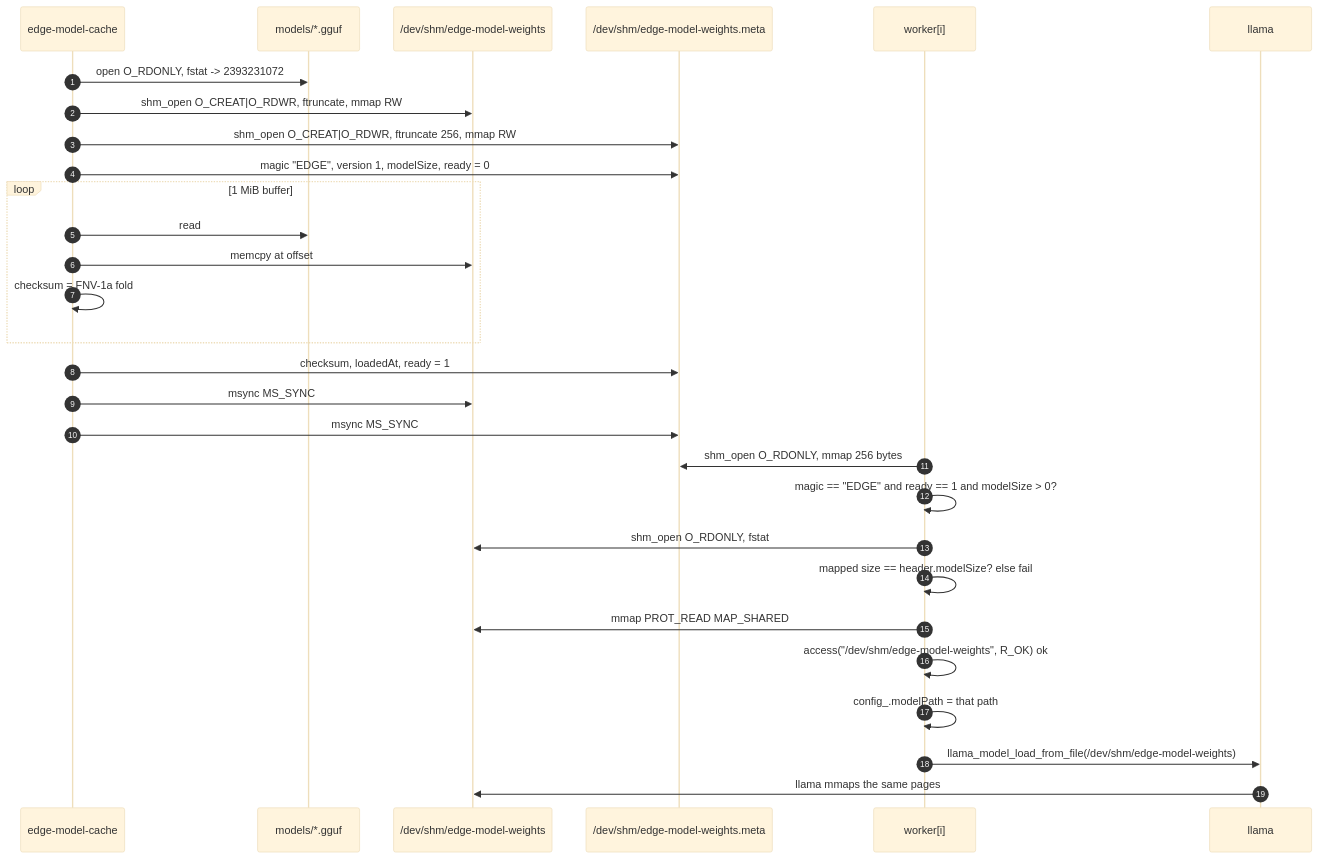
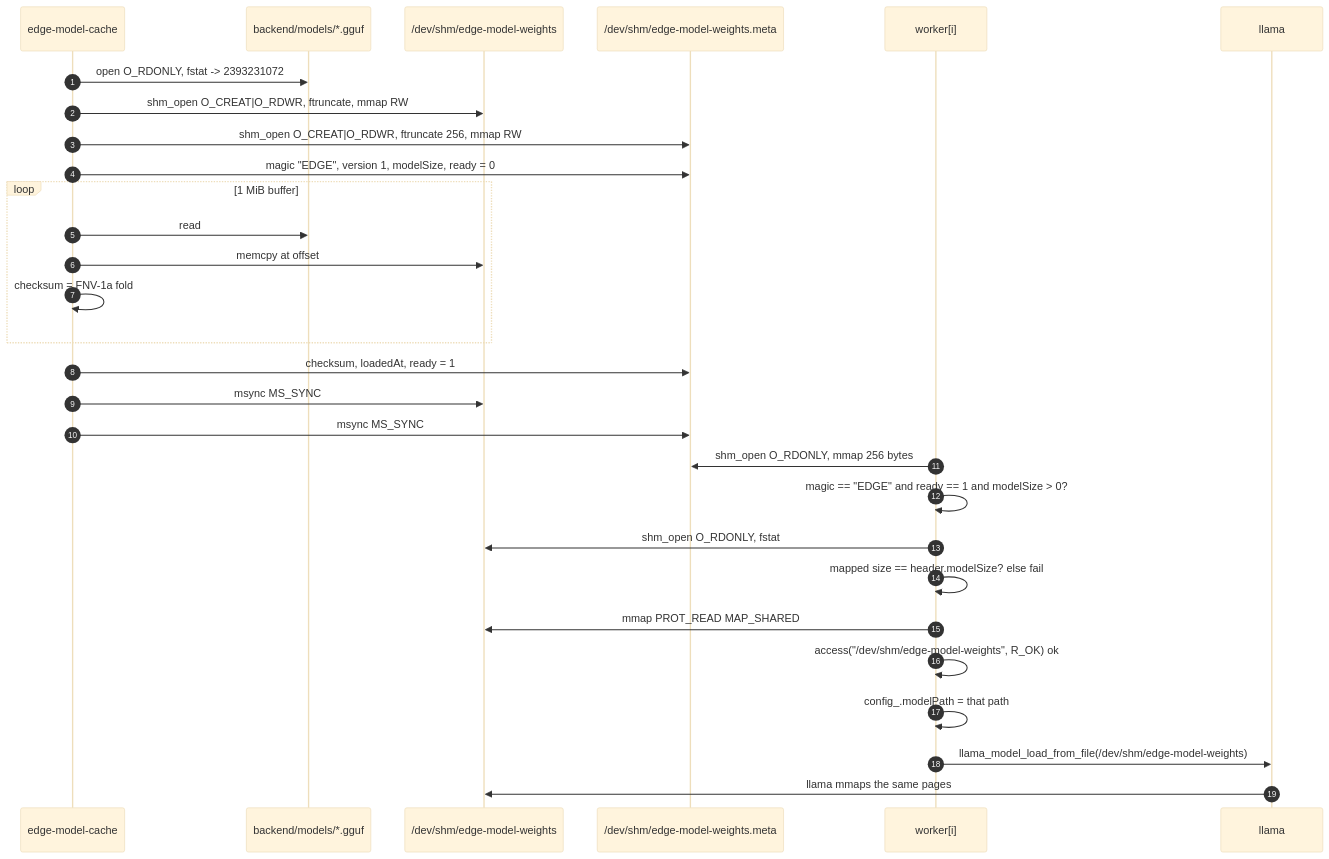
Before and after one commit to prawesh-12/serveInfer: diagram 21 of 27 in docs/serveInfer_DOCUMENTATION.md, drawn with Mermaid (base theme). The commit also changed other lines of this file and 1427 other files, not shown here.

````diff
--- a/docs/serveInfer_DOCUMENTATION.md
+++ b/docs/serveInfer_DOCUMENTATION.md
@@ -1540,33 +1540,33 @@
 ```mermaid
 sequenceDiagram
     autonumber
     participant MC as edge-model-cache
-    participant DISK as models/*.gguf
+    participant DISK as backend/models/*.gguf
     participant SHM as /dev/shm/edge-model-weights
     participant META as /dev/shm/edge-model-weights.meta
     participant W as worker[i]
     participant L as llama
 
     MC->>DISK: open O_RDONLY, fstat -> 2393231072
     MC->>SHM: shm_open O_CREAT|O_RDWR, ftruncate, mmap RW
     MC->>META: shm_open O_CREAT|O_RDWR, ftruncate 256, mmap RW
     MC->>META: magic "EDGE", version 1, modelSize, ready = 0
     loop 1 MiB buffer
         MC->>DISK: read
         MC->>SHM: memcpy at offset
         MC->>MC: checksum = FNV-1a fold
     end
     MC->>META: checksum, loadedAt, ready = 1
     MC->>SHM: msync MS_SYNC
     MC->>META: msync MS_SYNC
 
     W->>META: shm_open O_RDONLY, mmap 256 bytes
     W->>W: magic == "EDGE" and ready == 1 and modelSize > 0?
     W->>SHM: shm_open O_RDONLY, fstat
     W->>W: mapped size == header.modelSize? else fail
     W->>SHM: mmap PROT_READ MAP_SHARED
     W->>W: access("/dev/shm/edge-model-weights", R_OK) ok
     W->>W: config_.modelPath = that path
     W->>L: llama_model_load_from_file(/dev/shm/edge-model-weights)
     L->>SHM: llama mmaps the same pages
 ```
````
